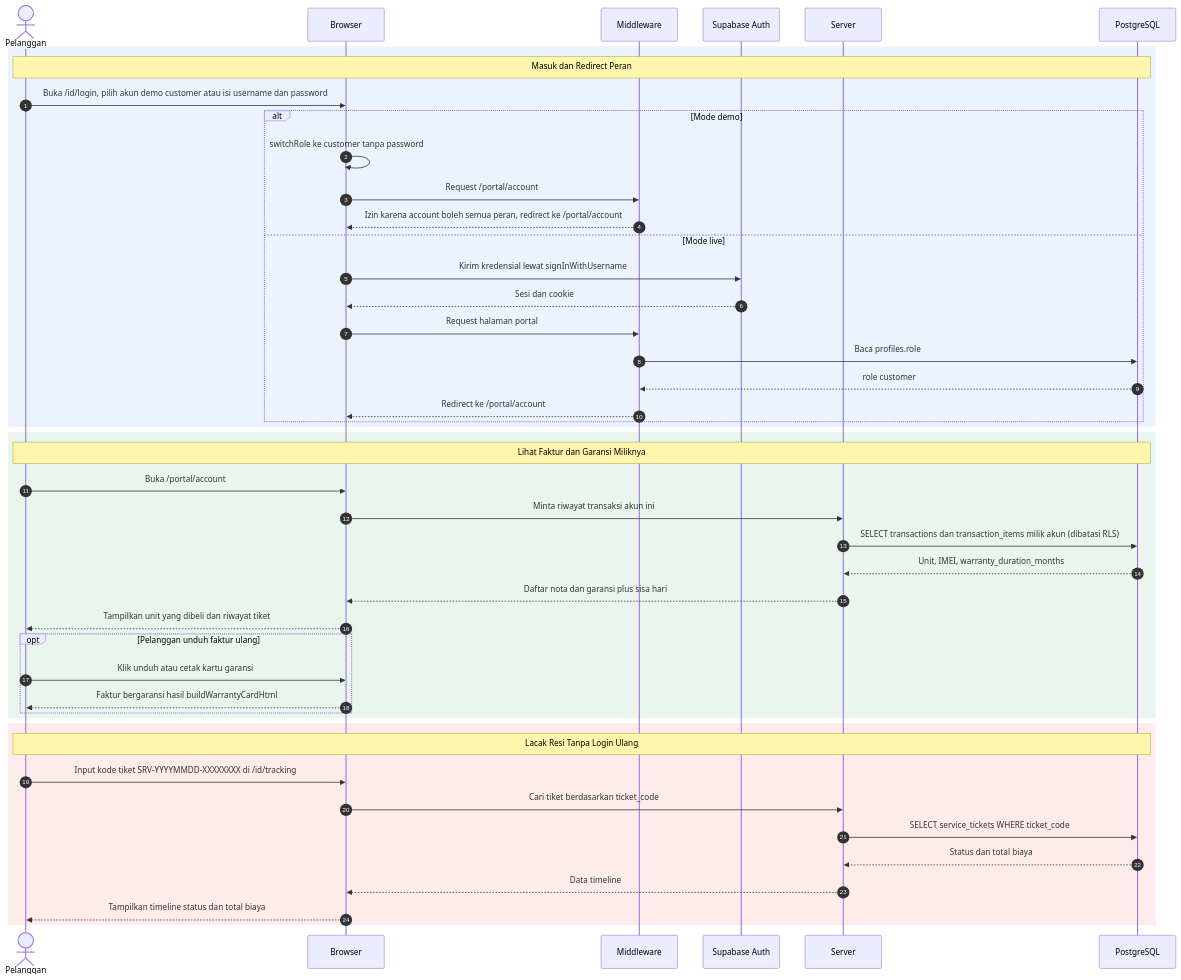
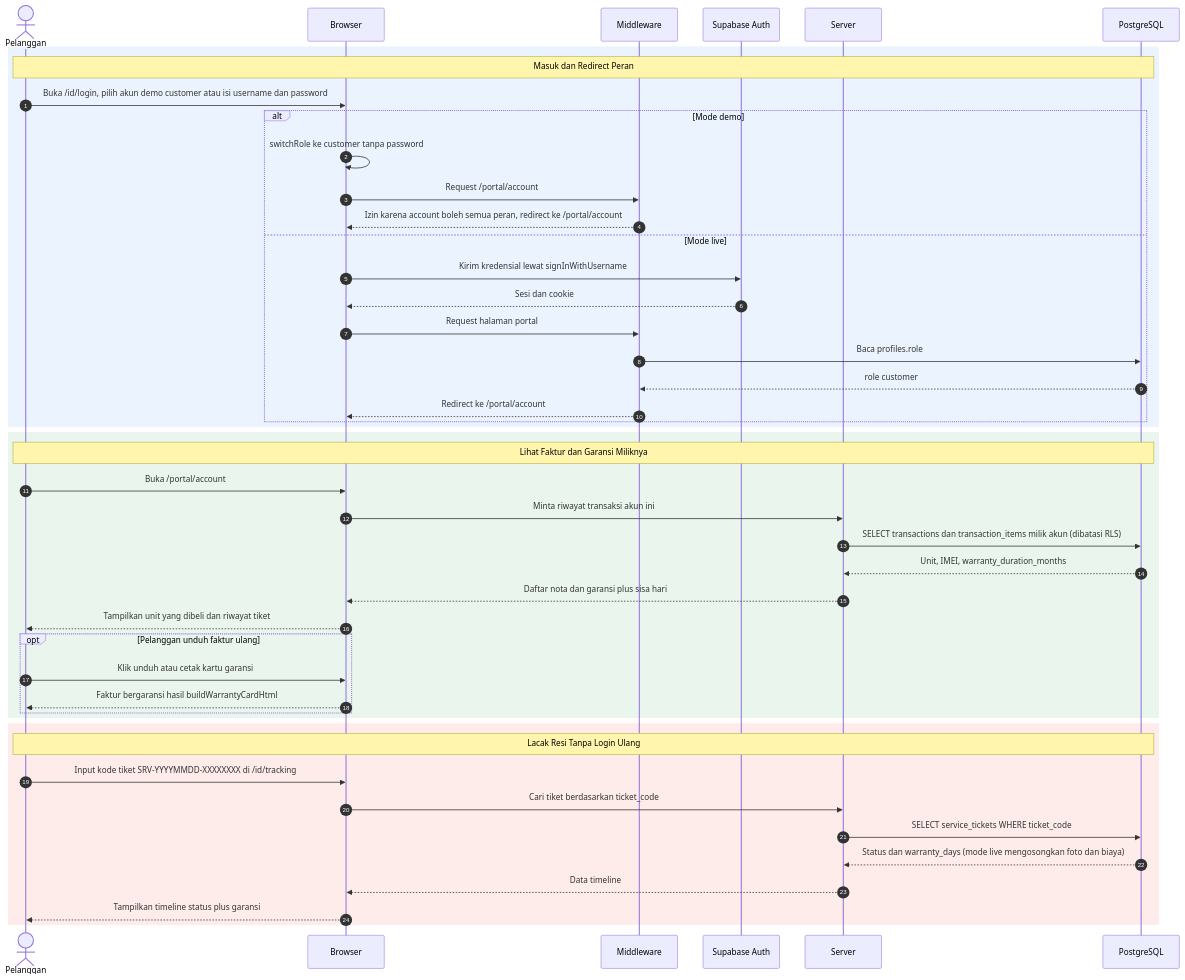
The second of 5 diagrams in docs/diagram-uml/sequence-diagram-atcell.md (neiaki/KP), drawn with Mermaid before and after one commit. The commit also changed other lines of this file, not shown here.

Commit message:
docs: perbaiki klaim next-intl dan lacak live di sequence diagram

````diff
--- a/docs/diagram-uml/sequence-diagram-atcell.md
+++ b/docs/diagram-uml/sequence-diagram-atcell.md
@@ -144,51 +148,51 @@
 ```mermaid
 sequenceDiagram
     autonumber
     actor C as Pelanggan
     participant UI as Browser
     participant MW as Middleware
     participant AU as Supabase Auth
     participant SV as Server
     participant DB as PostgreSQL
 
     rect rgba(66, 133, 244, 0.10)
     Note over C,DB: Masuk dan Redirect Peran
     C->>UI: Buka /id/login, pilih akun demo customer atau isi username dan password
     alt Mode demo
         UI->>UI: switchRole ke customer tanpa password
         UI->>MW: Request /portal/account
         MW-->>UI: Izin karena account boleh semua peran, redirect ke /portal/account
     else Mode live
         UI->>AU: Kirim kredensial lewat signInWithUsername
         AU-->>UI: Sesi dan cookie
         UI->>MW: Request halaman portal
         MW->>DB: Baca profiles.role
         DB-->>MW: role customer
         MW-->>UI: Redirect ke /portal/account
     end
     end
 
     rect rgba(52, 168, 83, 0.10)
     Note over C,DB: Lihat Faktur dan Garansi Miliknya
     C->>UI: Buka /portal/account
     UI->>SV: Minta riwayat transaksi akun ini
     SV->>DB: SELECT transactions dan transaction_items milik akun (dibatasi RLS)
     DB-->>SV: Unit, IMEI, warranty_duration_months
     SV-->>UI: Daftar nota dan garansi plus sisa hari
     UI-->>C: Tampilkan unit yang dibeli dan riwayat tiket
     opt Pelanggan unduh faktur ulang
         C->>UI: Klik unduh atau cetak kartu garansi
         UI-->>C: Faktur bergaransi hasil buildWarrantyCardHtml
     end
     end
 
     rect rgba(234, 67, 53, 0.10)
     Note over C,DB: Lacak Resi Tanpa Login Ulang
     C->>UI: Input kode tiket SRV-YYYYMMDD-XXXXXXXX di /id/tracking
     UI->>SV: Cari tiket berdasarkan ticket_code
     SV->>DB: SELECT service_tickets WHERE ticket_code
-    DB-->>SV: Status dan total biaya
+    DB-->>SV: Status dan warranty_days (mode live mengosongkan foto dan biaya)
     SV-->>UI: Data timeline
-    UI-->>C: Tampilkan timeline status dan total biaya
+    UI-->>C: Tampilkan timeline status plus garansi
     end
 ```
````
